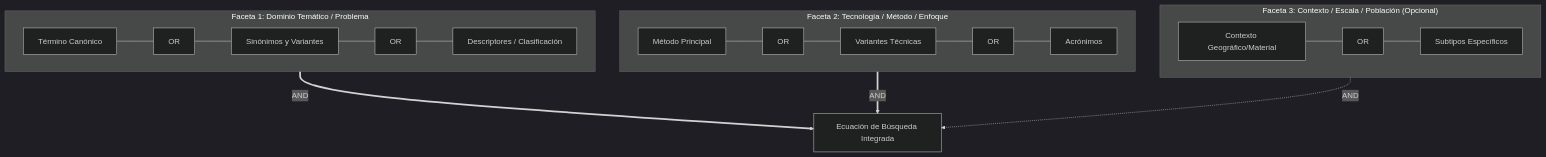
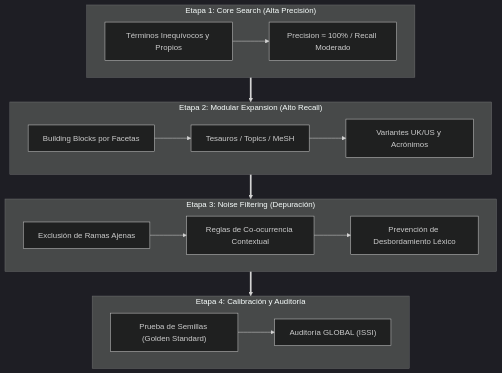
Before and after one commit to chilti/sos-mcp-services: the diagram in .agents/skills/bibliometric-search-strategist/SKILL.md, drawn with Mermaid (dark theme). The commit also changed other lines of this file and 6 other files, not shown here.

````diff
--- a/.agents/skills/bibliometric-search-strategist/SKILL.md
+++ b/.agents/skills/bibliometric-search-strategist/SKILL.md
@@ -22,16 +20,19 @@
 ```mermaid
 flowchart TD
-    subgraph Faceta1 ["Faceta 1: Dominio Temático / Problema"]
-        T1["Término Canónico"] --- O1["OR"] --- T2["Sinónimos y Variantes"] --- O2["OR"] --- T3["Descriptores / Clasificación"]
+    subgraph Etapa1 ["Etapa 1: Core Search (Alta Precisión)"]
+        C1["Términos Inequívocos y Propios"] --> C2["Precision ≈ 100% / Recall Moderado"]
     end
-    subgraph Faceta2 ["Faceta 2: Tecnología / Método / Enfoque"]
-        M1["Método Principal"] --- O3["OR"] --- M2["Variantes Técnicas"] --- O4["OR"] --- M3["Acrónimos"]
+    subgraph Etapa2 ["Etapa 2: Modular Expansion (Alto Recall)"]
+        E1["Building Blocks por Facetas"] --> E2["Tesauros / Topics / MeSH"]
+        E2 --> E3["Variantes UK/US y Acrónimos"]
     end
-    subgraph Faceta3 ["Faceta 3: Contexto / Escala / Población (Opcional)"]
-        C1["Contexto Geográfico/Material"] --- O5["OR"] --- C2["Subtipos Específicos"]
+    subgraph Etapa3 ["Etapa 3: Noise Filtering (Depuración)"]
+        N1["Exclusión de Ramas Ajenas"] --> N2["Reglas de Co-ocurrencia Contextual"]
+        N2 --> N3["Prevención de Desbordamiento Léxico"]
+    end
+    subgraph Etapa4 ["Etapa 4: Calibración y Auditoría"]
+        A1["Prueba de Semillas (Golden Standard)"] --> A2["Auditoría GLOBAL (ISSI)"]
     end
 
-    Faceta1 ==>|AND| Interseccion["Ecuación de Búsqueda Integrada"]
-    Faceta2 ==>|AND| Interseccion
-    Faceta3 -.->|AND| Interseccion
+    Etapa1 ==> Etapa2 ==> Etapa3 ==> Etapa4
 ```
````
